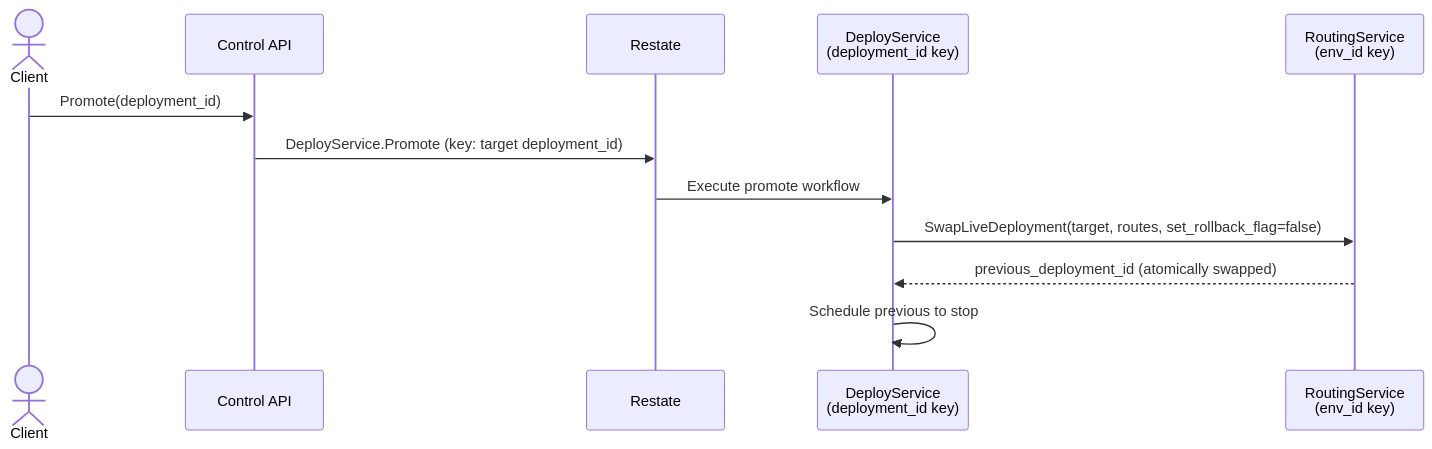
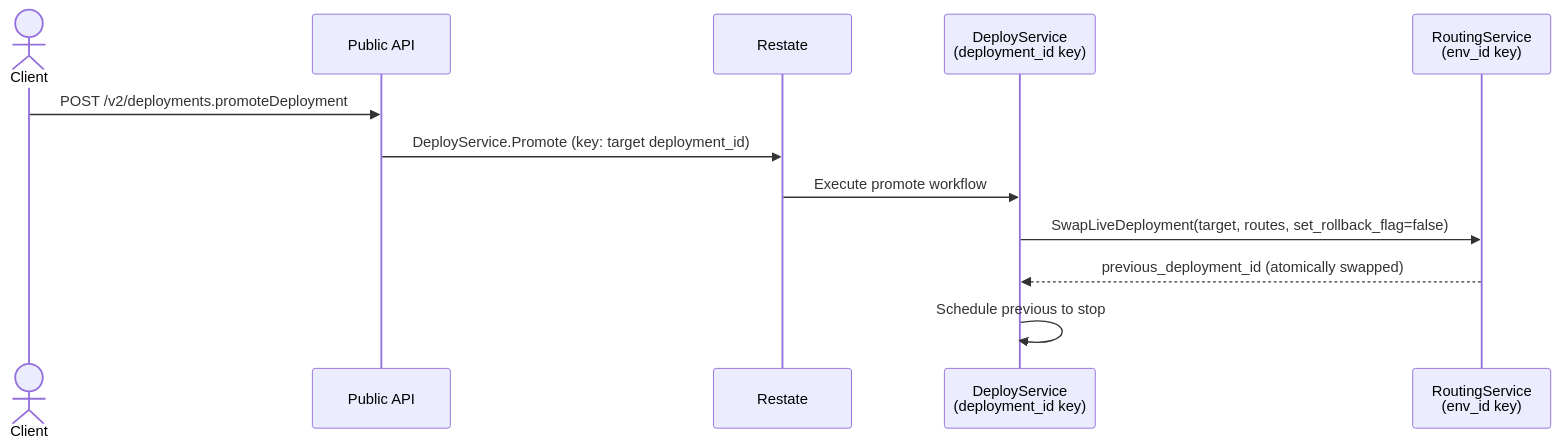
Before and after one commit to unkeyed/unkey: the third of 4 diagrams in docs/engineering/architecture/services/control-plane/worker/workflows/deployments.mdx, drawn with Mermaid. The commit also changed other lines of this file and 19 other files, not shown here.

````diff
--- a/docs/engineering/architecture/services/control-plane/worker/workflows/deployments.mdx
+++ b/docs/engineering/architecture/services/control-plane/worker/workflows/deployments.mdx
@@ -119,15 +119,15 @@
 ```mermaid
 sequenceDiagram
   actor Client
-  participant CtrlAPI as Control API
+  participant PublicAPI as Public API
   participant Restate as Restate
   participant Worker as DeployService<br/>(deployment_id key)
   participant Routing as RoutingService<br/>(env_id key)
 
-  Client->>CtrlAPI: Promote(deployment_id)
-  CtrlAPI->>Restate: DeployService.Promote (key: target deployment_id)
+  Client->>PublicAPI: POST /v2/deployments.promoteDeployment
+  PublicAPI->>Restate: DeployService.Promote (key: target deployment_id)
   Restate->>Worker: Execute promote workflow
   Worker->>Routing: SwapLiveDeployment(target, routes, set_rollback_flag=false)
   Routing-->>Worker: previous_deployment_id (atomically swapped)
   Worker->>Worker: Schedule previous to stop
 ```
````
